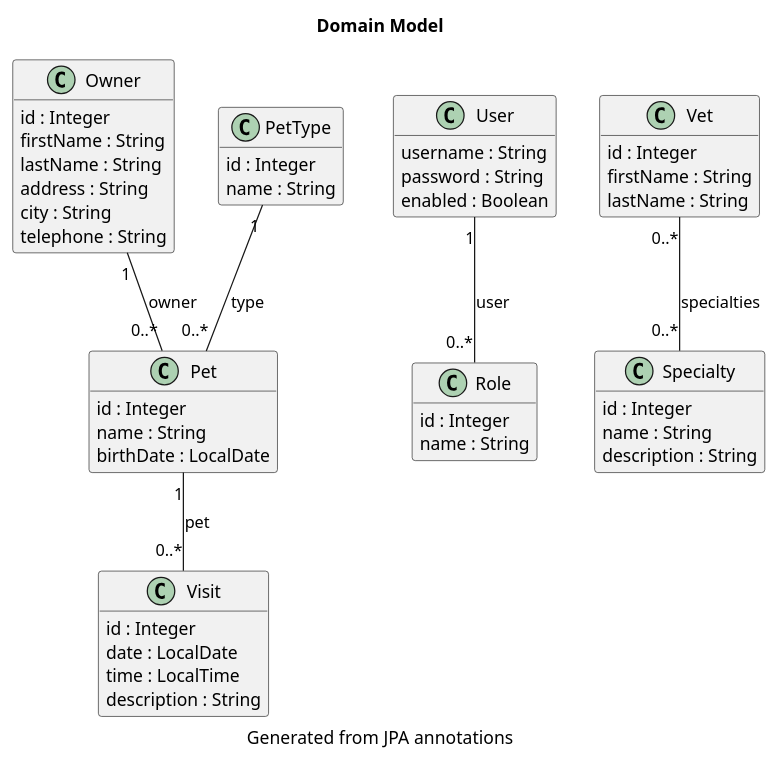
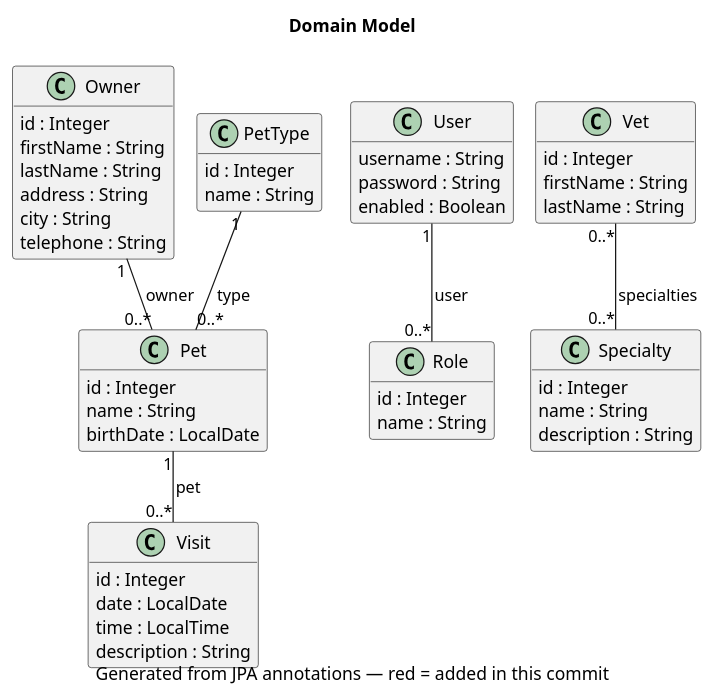
The diagram in petclinic-backend/docs/generated/DomainModel.puml (pmattiollo/petclinic), drawn with PlantUML before and after one commit. The commit also changed 1 other file, not shown here.

Commit message:
feat(domain-diagram): smetana layout + red-mark what each commit adds
Bring the JPA-derived class diagram up to par with the ER diagram:

- `!pragma layout smetana` for the same render-stability reason as DB.puml
  (no dependency on the proxy's GraphViz version).

- Commit-scoped red highlighting, mirroring how DB.puml already flags
  schema changes. The generator now reads the previously committed
  DomainModel.puml (via `git show HEAD:...`), parses it into a structural
  fingerprint (classes / members / associations, with any prior red
  markup stripped), and renders in red whatever the current model adds:
  a new class is outlined red, a new field is a red line, a new
  association gets a red connector + label. Absent a baseline (bootstrap
  or no git) nothing is reddened. Equivalent to the DB diagram's
  "red = changed in this commit", here captioned "red = added".

```diff
--- a/petclinic-backend/docs/generated/DomainModel.puml
+++ b/petclinic-backend/docs/generated/DomainModel.puml
@@ -1,58 +1,59 @@
 @startuml
+!pragma layout smetana
 
 title Domain Model
-caption Generated from JPA annotations
+caption Generated from JPA annotations — red = added in this commit
 
 hide empty members
 skinparam classAttributeIconSize 0
 
 class Owner {
   id : Integer
   firstName : String
   lastName : String
   address : String
   city : String
   telephone : String
 }
 class Pet {
   id : Integer
   name : String
   birthDate : LocalDate
 }
 class PetType {
   id : Integer
   name : String
 }
 class Role {
   id : Integer
   name : String
 }
 class Specialty {
   id : Integer
   name : String
   description : String
 }
 class User {
   username : String
   password : String
   enabled : Boolean
 }
 class Vet {
   id : Integer
   firstName : String
   lastName : String
 }
 class Visit {
   id : Integer
   date : LocalDate
   time : LocalTime
   description : String
 }
 
 PetType "1" -- "0..*" Pet : type
 Owner "1" -- "0..*" Pet : owner
 User "1" -- "0..*" Role : user
 Vet "0..*" -- "0..*" Specialty : specialties
 Pet "1" -- "0..*" Visit : pet
 
 @enduml
```
